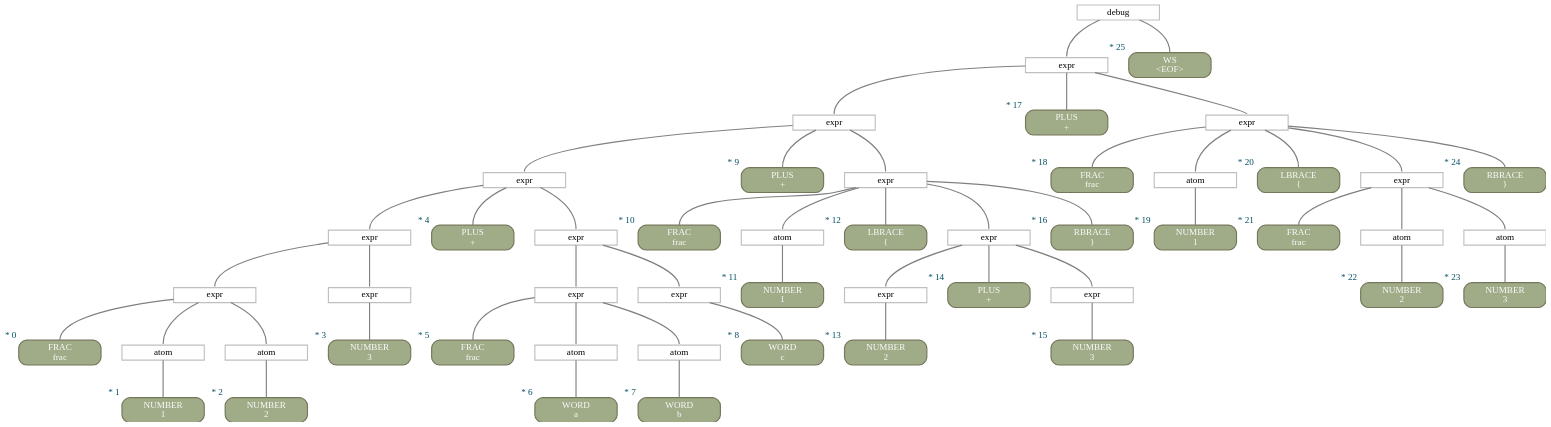
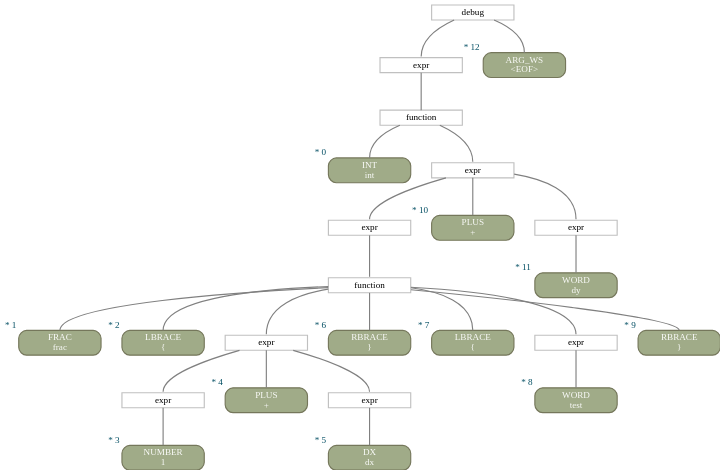
One commit to zarstensen/obsidian-latex-math changed the diagram in antlr/OUT.dot. Above: the diagram before and after it, drawn with Graphviz. The commit also changed 14 other files, not shown here.

```diff
--- a/antlr/OUT.dot
+++ b/antlr/OUT.dot
@@ -1,117 +1,65 @@
 digraph YEYEYEYEYEYEY {
 rankdir=TB;
 splines=true;
 nodesep=0.45;
 ranksep=0.7;
 pad=0.0;
 ordering=out;
 subgraph {
 node [shape=box, margin="0,0.05", height=0, width=1.75, style=filled, fillcolor="#FFFFFF", color="#C0C0C0", penwidth=1.75];
-2 [label=atom];
-4 [label=atom];
-5 [label=expr];
+4 [label=expr];
 7 [label=expr];
 8 [label=expr];
-12 [label=atom];
-14 [label=atom];
+12 [label=expr];
+14 [label=function];
 15 [label=expr];
-17 [label=expr];
 18 [label=expr];
 19 [label=expr];
-23 [label=atom];
-26 [label=expr];
-29 [label=expr];
-30 [label=expr];
-32 [label=expr];
-33 [label=expr];
-37 [label=atom];
-41 [label=atom];
-43 [label=atom];
-44 [label=expr];
-46 [label=expr];
-47 [label=expr];
-49 [label=debug];
+20 [label=function];
+21 [label=expr];
+23 [label=debug];
 }
 subgraph {
 node [shape=box, margin="0,0.05", height=0, width=1.75, style="filled,rounded", fillcolor="#A0AB88", color="#75775B", penwidth=1.75, fontcolor="#FAFBF9"];
-0 [label="FRAC\nfrac", xlabel=<<font color="#004D62">* 0</font>>];
-1 [label="NUMBER\n1", xlabel=<<font color="#004D62">* 1</font>>];
-3 [label="NUMBER\n2", xlabel=<<font color="#004D62">* 2</font>>];
-6 [label="NUMBER\n3", xlabel=<<font color="#004D62">* 3</font>>];
-9 [label="PLUS\n+", xlabel=<<font color="#004D62">* 4</font>>];
-10 [label="FRAC\nfrac", xlabel=<<font color="#004D62">* 5</font>>];
-11 [label="WORD\na", xlabel=<<font color="#004D62">* 6</font>>];
-13 [label="WORD\nb", xlabel=<<font color="#004D62">* 7</font>>];
-16 [label="WORD\nc", xlabel=<<font color="#004D62">* 8</font>>];
-20 [label="PLUS\n+", xlabel=<<font color="#004D62">* 9</font>>];
-21 [label="FRAC\nfrac", xlabel=<<font color="#004D62">* 10</font>>];
-22 [label="NUMBER\n1", xlabel=<<font color="#004D62">* 11</font>>];
-24 [label="LBRACE\n{", xlabel=<<font color="#004D62">* 12</font>>];
-25 [label="NUMBER\n2", xlabel=<<font color="#004D62">* 13</font>>];
-27 [label="PLUS\n+", xlabel=<<font color="#004D62">* 14</font>>];
-28 [label="NUMBER\n3", xlabel=<<font color="#004D62">* 15</font>>];
-31 [label="RBRACE\n}", xlabel=<<font color="#004D62">* 16</font>>];
-34 [label="PLUS\n+", xlabel=<<font color="#004D62">* 17</font>>];
-35 [label="FRAC\nfrac", xlabel=<<font color="#004D62">* 18</font>>];
-36 [label="NUMBER\n1", xlabel=<<font color="#004D62">* 19</font>>];
-38 [label="LBRACE\n{", xlabel=<<font color="#004D62">* 20</font>>];
-39 [label="FRAC\nfrac", xlabel=<<font color="#004D62">* 21</font>>];
-40 [label="NUMBER\n2", xlabel=<<font color="#004D62">* 22</font>>];
-42 [label="NUMBER\n3", xlabel=<<font color="#004D62">* 23</font>>];
-45 [label="RBRACE\n}", xlabel=<<font color="#004D62">* 24</font>>];
-48 [label="WS\n<EOF>", xlabel=<<font color="#004D62">* 25</font>>];
+0 [label="INT\nint", xlabel=<<font color="#004D62">* 0</font>>];
+1 [label="FRAC\nfrac", xlabel=<<font color="#004D62">* 1</font>>];
+2 [label="LBRACE\n{", xlabel=<<font color="#004D62">* 2</font>>];
+3 [label="NUMBER\n1", xlabel=<<font color="#004D62">* 3</font>>];
+5 [label="PLUS\n+", xlabel=<<font color="#004D62">* 4</font>>];
+6 [label="DX\ndx", xlabel=<<font color="#004D62">* 5</font>>];
+9 [label="RBRACE\n}", xlabel=<<font color="#004D62">* 6</font>>];
+10 [label="LBRACE\n{", xlabel=<<font color="#004D62">* 7</font>>];
+11 [label="WORD\ntest", xlabel=<<font color="#004D62">* 8</font>>];
+13 [label="RBRACE\n}", xlabel=<<font color="#004D62">* 9</font>>];
+16 [label="PLUS\n+", xlabel=<<font color="#004D62">* 10</font>>];
+17 [label="WORD\ndy", xlabel=<<font color="#004D62">* 11</font>>];
+22 [label="ARG_WS\n<EOF>", xlabel=<<font color="#004D62">* 12</font>>];
 }
 subgraph {
 node [shape=box, margin="0,0.05", height=0, width=1.75, style="filled,rounded", fillcolor="#DD8F7D", color="#BC6A7A", penwidth=1.75, fontcolor="#FAFBF9"];
 }
 edge [arrowhead=none, headport=n, color="#808080", penwidth=1.75];
-2 -> 1;
 4 -> 3;
-5 -> 0;
-5 -> 2;
-5 -> 4;
 7 -> 6;
+8 -> 4;
 8 -> 5;
 8 -> 7;
 12 -> 11;
+14 -> 1;
+14 -> 2;
+14 -> 8;
+14 -> 9;
+14 -> 10;
+14 -> 12;
 14 -> 13;
-15 -> 10;
-15 -> 12;
 15 -> 14;
-17 -> 16;
-18 -> 15;
 18 -> 17;
-19 -> 8;
-19 -> 9;
+19 -> 15;
+19 -> 16;
 19 -> 18;
+20 -> 0;
+20 -> 19;
+21 -> 20;
+23 -> 21;
 23 -> 22;
-26 -> 25;
-29 -> 28;
-30 -> 26;
-30 -> 27;
-30 -> 29;
-32 -> 21;
-32 -> 23;
-32 -> 24;
-32 -> 30;
-32 -> 31;
-33 -> 19;
-33 -> 20;
-33 -> 32;
-37 -> 36;
-41 -> 40;
-43 -> 42;
-44 -> 39;
-44 -> 41;
-44 -> 43;
-46 -> 35;
-46 -> 37;
-46 -> 38;
-46 -> 44;
-46 -> 45;
-47 -> 33;
-47 -> 34;
-47 -> 46;
-49 -> 47;
-49 -> 48;
 }
```
